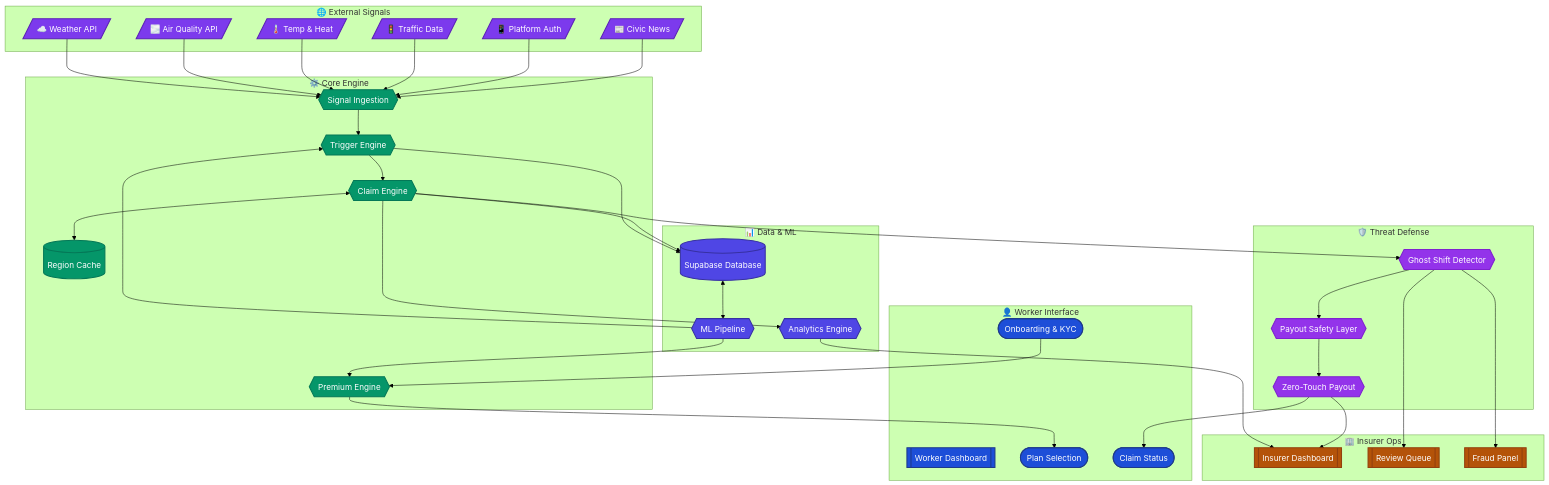
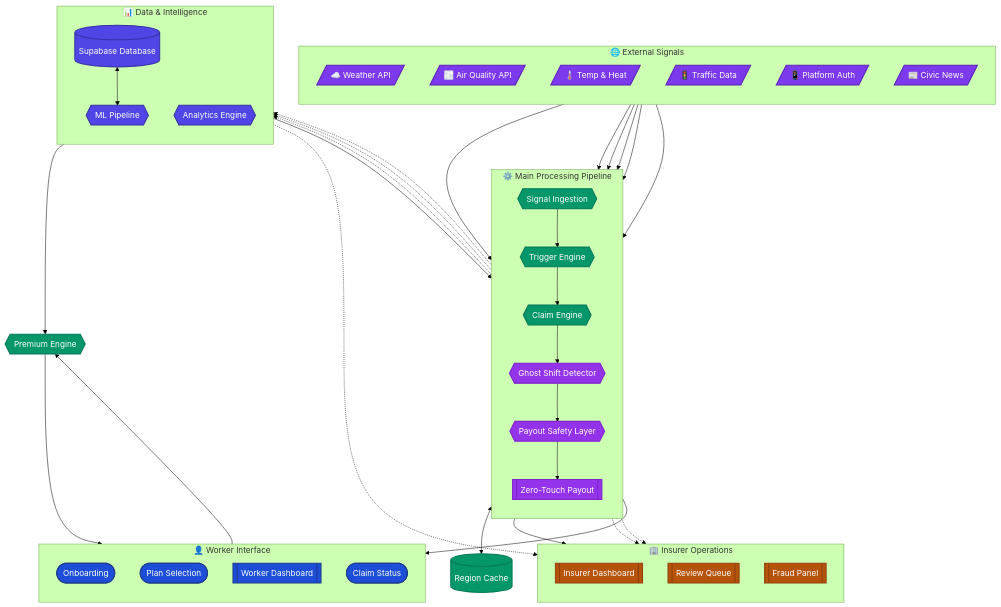
One commit to Chorko/Celestius_Covara_One_P1 changed the first of 4 diagrams in README.md. Above: the diagram before and after it, drawn with Mermaid (forest theme).

Commit message:
fix(docs): apply centered main pipeline layout for Unified Architecture graph

````diff
--- a/README.md
+++ b/README.md
@@ -176,7 +176,26 @@
     classDef data fill:#4F46E5,color:#fff,stroke:#3730A3,stroke-width:2px;
     classDef admin fill:#B45309,color:#fff,stroke:#92400E,stroke-width:2px;
 
+    %% 1. Core Central Pipeline
+    subgraph CORE ["⚙️ Main Processing Pipeline"]
+        direction TB
+        SI{{Signal Ingestion}}:::engine
+        TE{{Trigger Engine}}:::engine
+        CE{{Claim Engine}}:::engine
+        FE{{Ghost Shift Detector}}:::defense
+        PS{{Payout Safety Layer}}:::defense
+        PO[[Zero-Touch Payout]]:::defense
+        
+        SI --> TE
+        TE --> CE
+        CE --> FE
+        FE --> PS
+        PS --> PO
+    end
+
+    %% 2. Peripheral Systems (Left & Right Flanks)
     subgraph SIG ["🌐 External Signals"]
+        direction TB
         WX[/☁️ Weather API/]:::input
         AQ[/🌫️ Air Quality API/]:::input
         HT[/🌡️ Temp & Heat/]:::input
@@ -186,59 +205,48 @@
     end
 
     subgraph WRK ["👤 Worker Interface"]
-        WO([Onboarding & KYC]):::ui
+        direction TB
+        WO([Onboarding]):::ui
+        WP([Plan Selection]):::ui
         WD[[Worker Dashboard]]:::ui
-        WP([Plan Selection]):::ui
         WC([Claim Status]):::ui
     end
 
-    subgraph ENG ["⚙️ Core Engine"]
-        SI{{Signal Ingestion}}:::engine
-        TE{{Trigger Engine}}:::engine
-        CE{{Claim Engine}}:::engine
-        RC[(Region Cache)]:::engine
-        PE{{Premium Engine}}:::engine
+    subgraph DAT ["📊 Data & Intelligence"]
+        direction TB
+        DL[(Supabase Database)]:::data
+        AN{{Analytics Engine}}:::data
+        ML{{ML Pipeline}}:::data
     end
 
-    subgraph FRD ["🛡️ Threat Defense"]
-        FE{{Ghost Shift Detector}}:::defense
-        PS{{Payout Safety Layer}}:::defense
-        PO{{Zero-Touch Payout}}:::defense
-    end
-
-    subgraph DAT ["📊 Data & ML"]
-        DL[(Supabase Database)]:::data
-        ML{{ML Pipeline}}:::data
-        AN{{Analytics Engine}}:::data
-    end
-
-    subgraph INS ["🏢 Insurer Ops"]
+    subgraph INS ["🏢 Insurer Operations"]
+        direction TB
         ID[[Insurer Dashboard]]:::admin
         RQ[[Review Queue]]:::admin
         FR[[Fraud Panel]]:::admin
     end
+    
+    %% Outlier Engines
+    PE{{Premium Engine}}:::engine
+    RC[(Region Cache)]:::engine
 
+    %% Connections
     WX & AQ & HT & TR & PL & NW --> SI
-    SI --> TE
-    TE --> CE
-    CE --> FE
-    CE <--> RC
-    FE --> PS
-    PS --> PO
     
     WO --> PE
     PE --> WP
-    
-    DL <--> ML
     ML --> PE
     ML --> TE
+    DL <--> ML
+    CE <--> RC
     
-    CE --> AN
-    AN --> ID
+    CE -.-> AN
+    CE -.-> DL
+    TE -.-> DL
+    
+    AN -.-> ID
     PO --> WC
     PO --> ID
-    FE --> FR
-    FE --> RQ
-    TE --> DL
-    CE --> DL
+    FE -.-> FR
+    FE -.-> RQ
 ```
````
